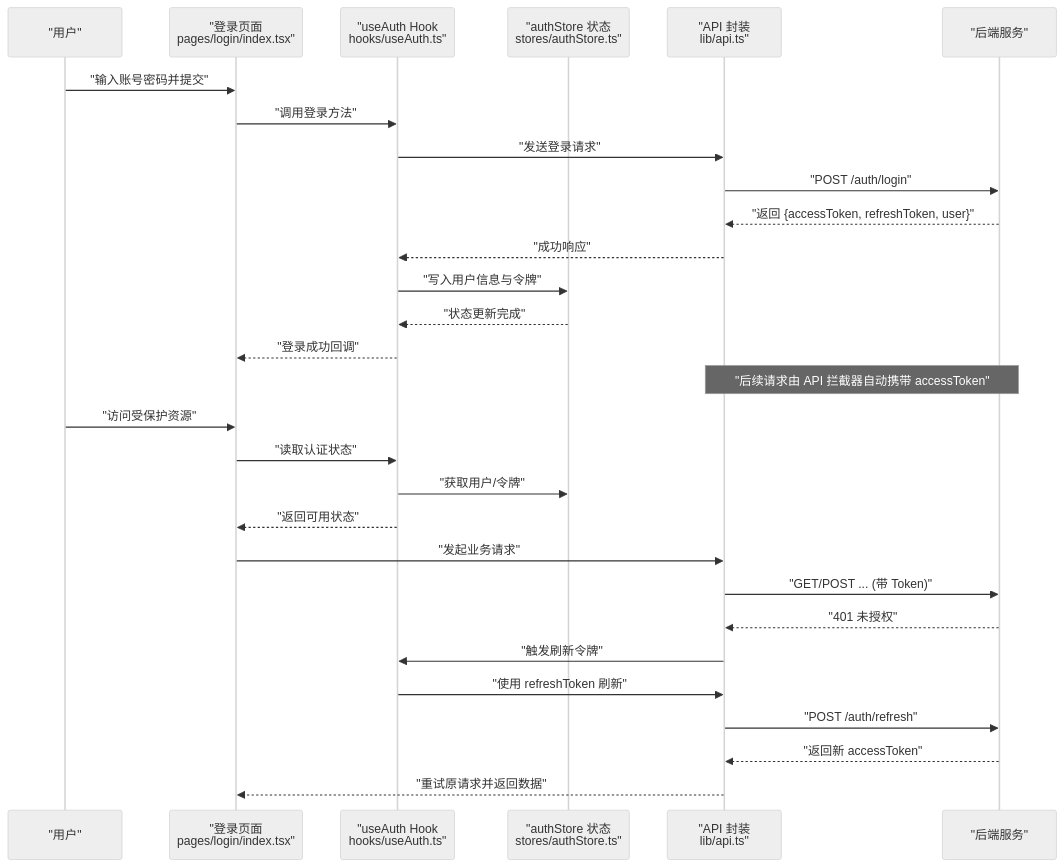
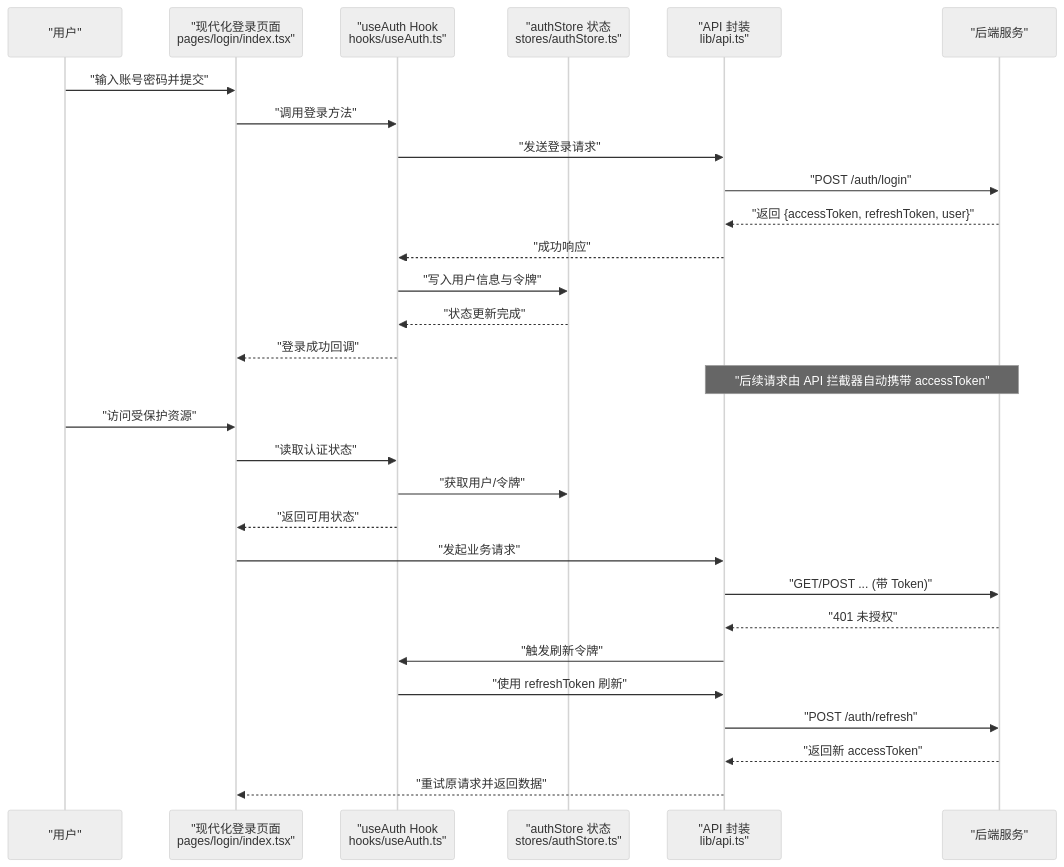
One commit to Damao997/newproject changed the second of 8 diagrams in .qoder/repowiki/zh/content/核心模块/用户认证系统.md. Above: the diagram before and after it, drawn with Mermaid (neutral theme). The commit also changed other lines of this file and 23 other files, not shown here.

````diff
--- a/.qoder/repowiki/zh/content/核心模块/用户认证系统.md
+++ b/.qoder/repowiki/zh/content/核心模块/用户认证系统.md
@@ -124,31 +138,31 @@
 ```mermaid
 sequenceDiagram
 participant U as "用户"
-participant UI as "登录页面<br/>pages/login/index.tsx"
+participant UI as "现代化登录页面<br/>pages/login/index.tsx"
 participant H as "useAuth Hook<br/>hooks/useAuth.ts"
 participant S as "authStore 状态<br/>stores/authStore.ts"
 participant A as "API 封装<br/>lib/api.ts"
 participant B as "后端服务"
 U->>UI : "输入账号密码并提交"
 UI->>H : "调用登录方法"
 H->>A : "发送登录请求"
 A->>B : "POST /auth/login"
 B-->>A : "返回 {accessToken, refreshToken, user}"
 A-->>H : "成功响应"
 H->>S : "写入用户信息与令牌"
 S-->>H : "状态更新完成"
 H-->>UI : "登录成功回调"
 Note over A,B : "后续请求由 API 拦截器自动携带 accessToken"
 U->>UI : "访问受保护资源"
 UI->>H : "读取认证状态"
 H->>S : "获取用户/令牌"
 H-->>UI : "返回可用状态"
 UI->>A : "发起业务请求"
 A->>B : "GET/POST ... (带 Token)"
 B-->>A : "401 未授权"
 A->>H : "触发刷新令牌"
 H->>A : "使用 refreshToken 刷新"
 A->>B : "POST /auth/refresh"
 B-->>A : "返回新 accessToken"
 A-->>UI : "重试原请求并返回数据"
 ```
````
